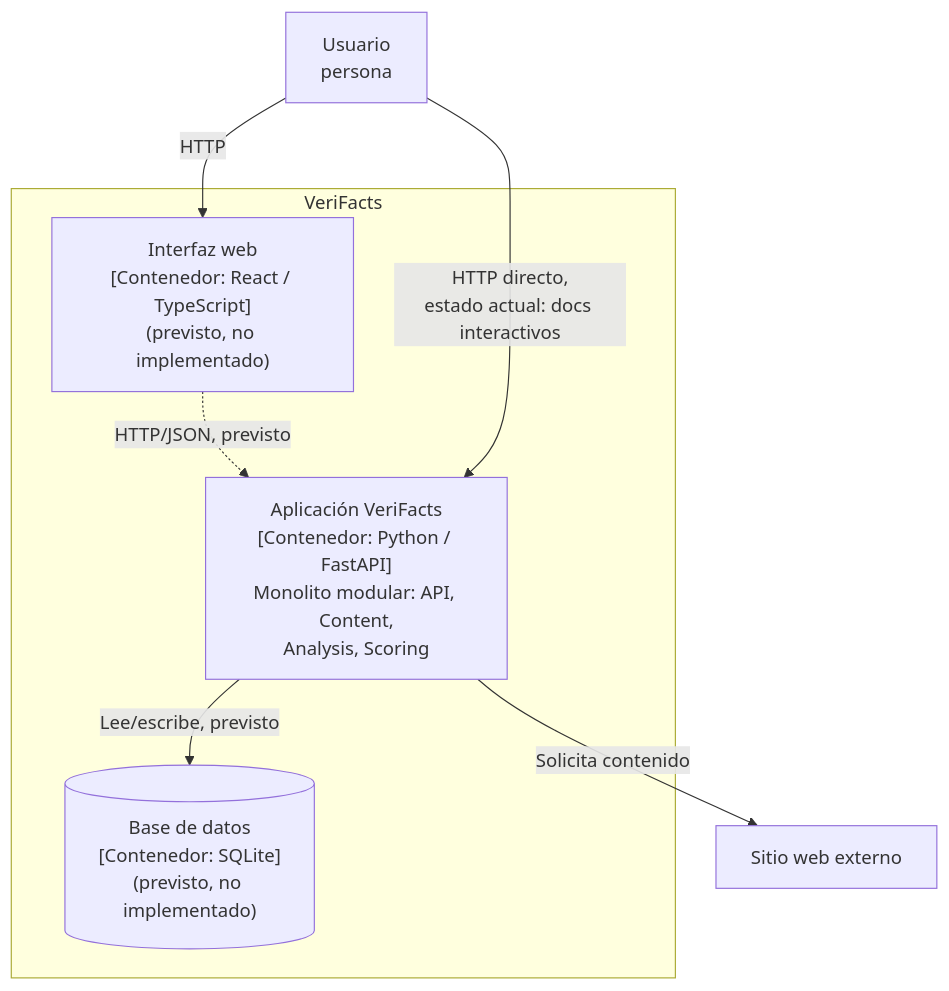
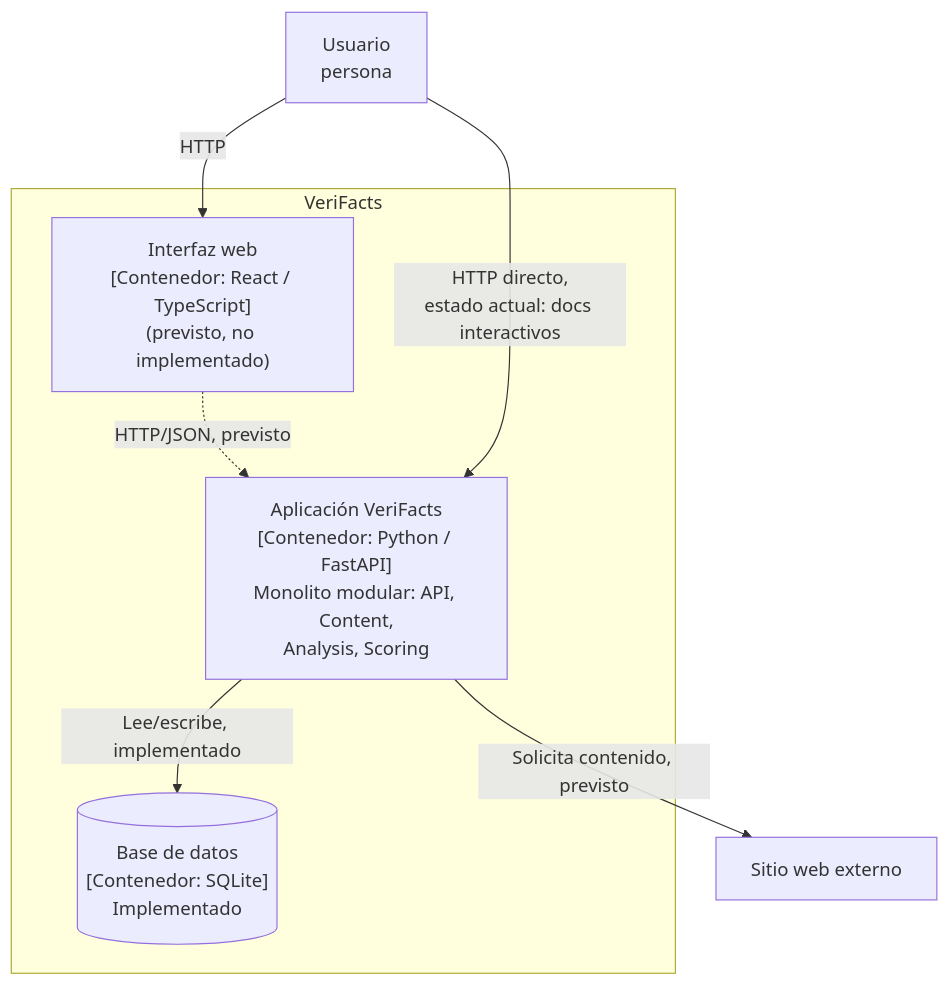
Before and after one commit to ISCOUTB/AS_202620_Verifacts: the diagram in docs/c4/02-contenedores.md, drawn with Mermaid. The commit also changed other lines of this file, not shown here.

Commit message:
Update container diagram and descriptions in documentation

````diff
--- a/docs/c4/02-contenedores.md
+++ b/docs/c4/02-contenedores.md
@@ -13,18 +22,18 @@
 ```mermaid
 flowchart TB
     U[Usuario<br/>persona]
 
     subgraph VF[VeriFacts]
         API["Aplicación VeriFacts<br/>[Contenedor: Python / FastAPI]<br/>Monolito modular: API, Content,<br/>Analysis, Scoring"]
-        DB[("Base de datos<br/>[Contenedor: SQLite]<br/>(previsto, no implementado)")]
+        DB[("Base de datos<br/>[Contenedor: SQLite]<br/>Implementado")]
         FE["Interfaz web<br/>[Contenedor: React / TypeScript]<br/>(previsto, no implementado)"]
     end
 
     W[Sitio web externo]
 
     U -->|HTTP| FE
     FE -.->|HTTP/JSON, previsto| API
     U -->|HTTP directo,<br/>estado actual: docs interactivos| API
-    API -->|Lee/escribe, previsto| DB
-    API -->|Solicita contenido| W
+    API -->|Lee/escribe, implementado| DB
+    API -->|Solicita contenido, previsto| W
 ```
````
